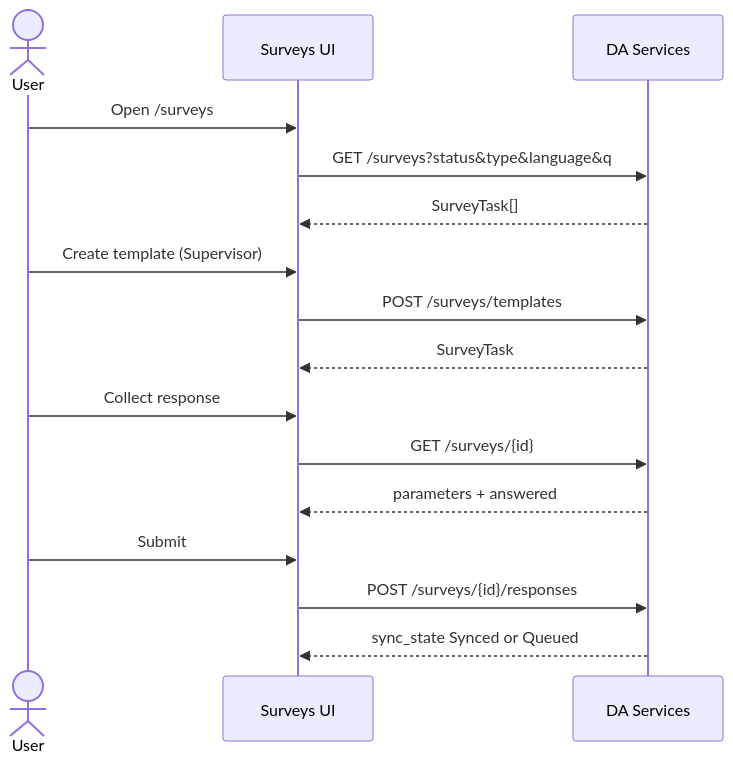
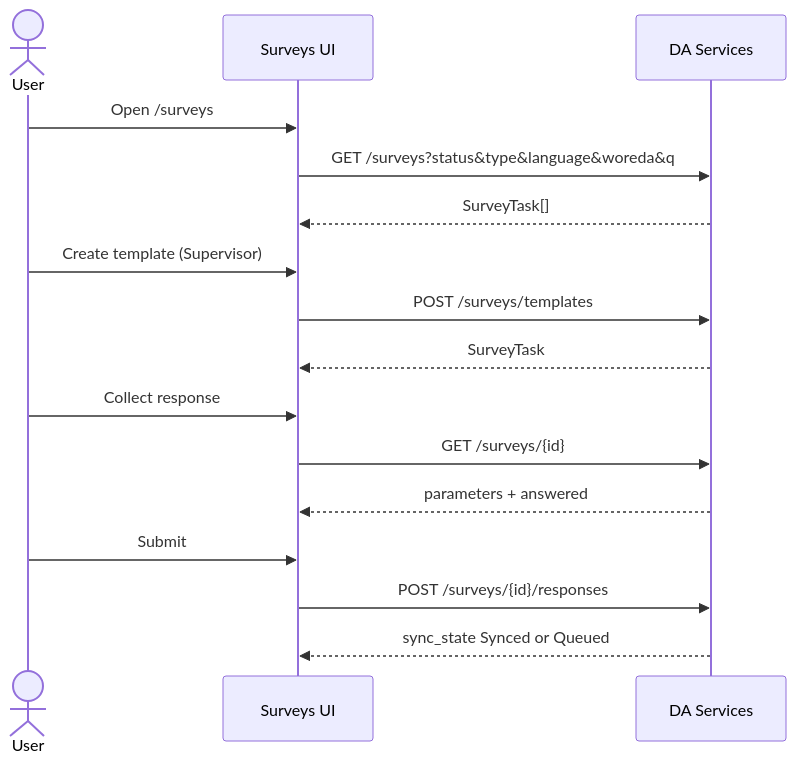
The diagram in docs/surveys-frontend.md (Centre-for-Open-Societal-Systems/oan_da_app_services), drawn with Mermaid before and after one commit. The commit also changed other lines of this file and 22 other files, not shown here.

````diff
--- a/docs/surveys-frontend.md
+++ b/docs/surveys-frontend.md
@@ -170,19 +205,19 @@
 ```mermaid
 sequenceDiagram
   actor User
   participant Page as Surveys UI
   participant DA as DA Services
 
   User->>Page: Open /surveys
-  Page->>DA: GET /surveys?status&type&language&q
+  Page->>DA: GET /surveys?status&type&language&woreda&q
   DA-->>Page: SurveyTask[]
   User->>Page: Create template (Supervisor)
   Page->>DA: POST /surveys/templates
   DA-->>Page: SurveyTask
   User->>Page: Collect response
   Page->>DA: GET /surveys/{id}
   DA-->>Page: parameters + answered
   User->>Page: Submit
   Page->>DA: POST /surveys/{id}/responses
   DA-->>Page: sync_state Synced or Queued
 ```
````
